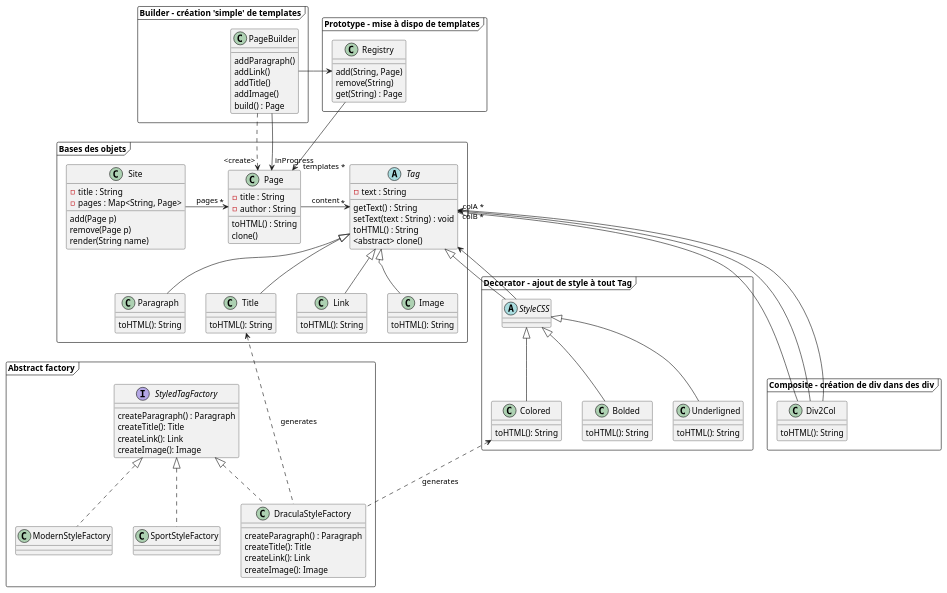
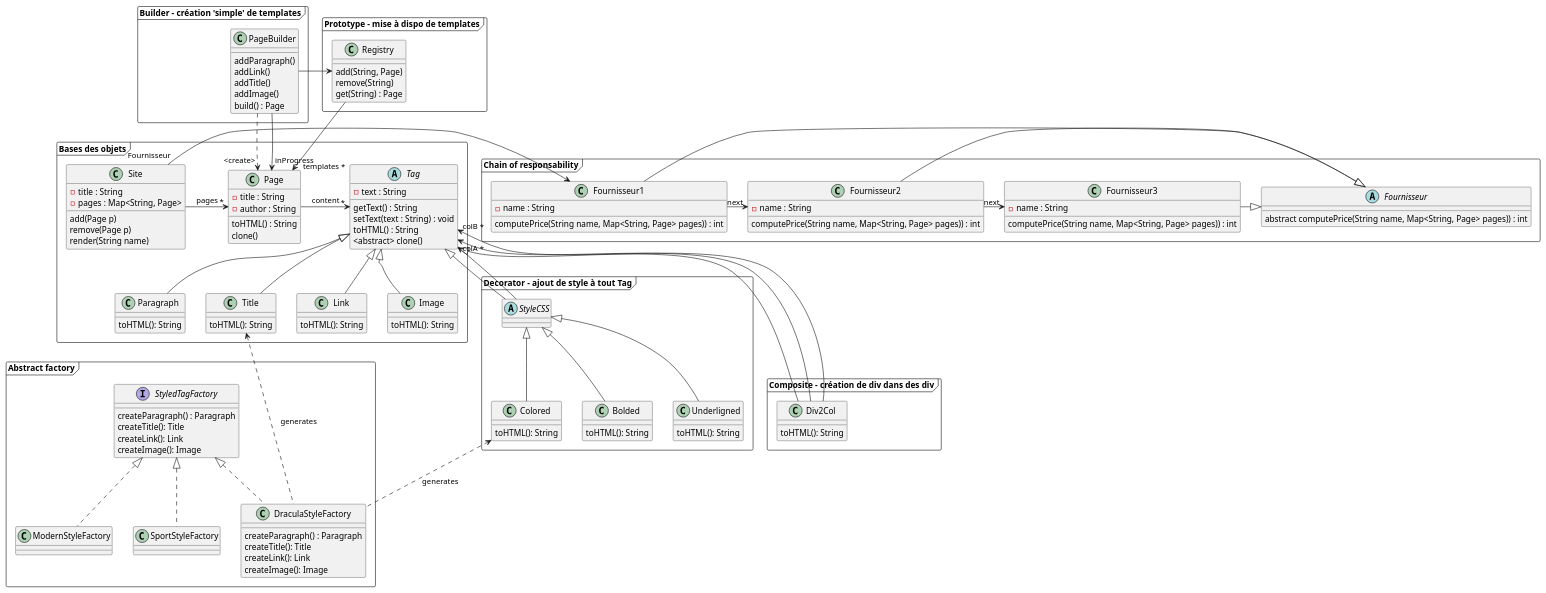
The diagram in Documentation/CMS_UML.puml (florentBourgeois/ENSISA2022_CMS), drawn with PlantUML before and after one commit.

Commit message:
Chain of Responsability

```diff
--- a/Documentation/CMS_UML.puml
+++ b/Documentation/CMS_UML.puml
@@ -1,128 +1,154 @@
 @startuml
 'https://plantuml.com/class-diagram
 
 
 package "Bases des objets" <<Frame>> {
 
     class Page {
         -title : String
         -author : String
         toHTML() : String
     }
 
     abstract class Tag {
         - text : String
         getText() : String
         setText(text : String) : void
         toHTML() : String
     }
 
     Tag <|-- Paragraph
     Tag <|-- Title
     Tag <|-- Link
     Tag <|-- Image
 
     Page -> "*" Tag : content
     Site -> "*" Page : pages
 
     class Site {
         -title : String
         -pages : Map<String, Page>
         add(Page p)
         remove(Page p)
         render(String name)
     }
 
     Image : toHTML(): String
     Link : toHTML(): String
     Title : toHTML(): String
     Paragraph : toHTML(): String
 
 }
 
 package "Composite - création de div dans des div" <<Frame>> {
 
     class Div2Col {
 
     }
 
     Tag <|--- Div2Col
     Tag "colA *" <-- Div2Col
     Tag "colB *" <-- Div2Col
 
     Div2Col : toHTML(): String
 
 }
 
 package "Decorator - ajout de style à tout Tag" <<Frame>> {
 
     abstract class StyleCSS
     Tag <|-- StyleCSS
     Tag <-- StyleCSS
 
     StyleCSS <|-- Colored
     StyleCSS <|-- Bolded
     StyleCSS <|-- Underligned
 
     Underligned : toHTML(): String
     Bolded : toHTML(): String
     Colored : toHTML(): String
 
 }
 
 
 package "Prototype - mise à dispo de templates" <<Frame>> {
     Page : clone()
 
     Registry --> "templates *" Page
     class Registry {
         add(String, Page)
         remove(String)
         get(String) : Page
     }
 
     Tag : <abstract> clone()
 }
 
 package "Builder - création 'simple' de templates" <<Frame>> {
       class PageBuilder {
         addParagraph()
         addLink()
         addTitle()
         addImage()
         build() : Page
       }
 
       PageBuilder ..> "<create>" Page
       PageBuilder -> Registry
       PageBuilder -> "inProgress" Page
 }
 
 
 package "Abstract factory" <<Frame>> {
 
     interface StyledTagFactory {
         createParagraph() : Paragraph
         createTitle(): Title
         createLink(): Link
         createImage(): Image
     }
 
     StyledTagFactory <|.. DraculaStyleFactory
     StyledTagFactory <|.. ModernStyleFactory
     StyledTagFactory <|.. SportStyleFactory
 
     class DraculaStyleFactory {
     createParagraph() : Paragraph
             createTitle(): Title
             createLink(): Link
             createImage(): Image
     }
 
 
      Colored <.. DraculaStyleFactory : "generates"
      Title <.. DraculaStyleFactory : "generates"
 
 }
 
+package "Chain of responsability" <<Frame>>{
+    abstract Class "Fournisseur"{
+        abstract computePrice(String name, Map<String, Page> pages)) : int
+    }
+    Class Fournisseur1{
+        - name : String
+        computePrice(String name, Map<String, Page> pages)) : int
+    }
+    Class Fournisseur2{
+        - name : String
+        computePrice(String name, Map<String, Page> pages)) : int
+    }
+    Class Fournisseur3{
+        - name : String
+        computePrice(String name, Map<String, Page> pages)) : int
+    }
+
+    Fournisseur1 -|> "Fournisseur"
+    Fournisseur2 -|> "Fournisseur"
+    Fournisseur3 -|> "Fournisseur"
+
+    Fournisseur1 ->"next" Fournisseur2
+    Fournisseur2 ->"next" Fournisseur3
+    Site "Fournisseur"-> Fournisseur1
+}
+
 @enduml
```
